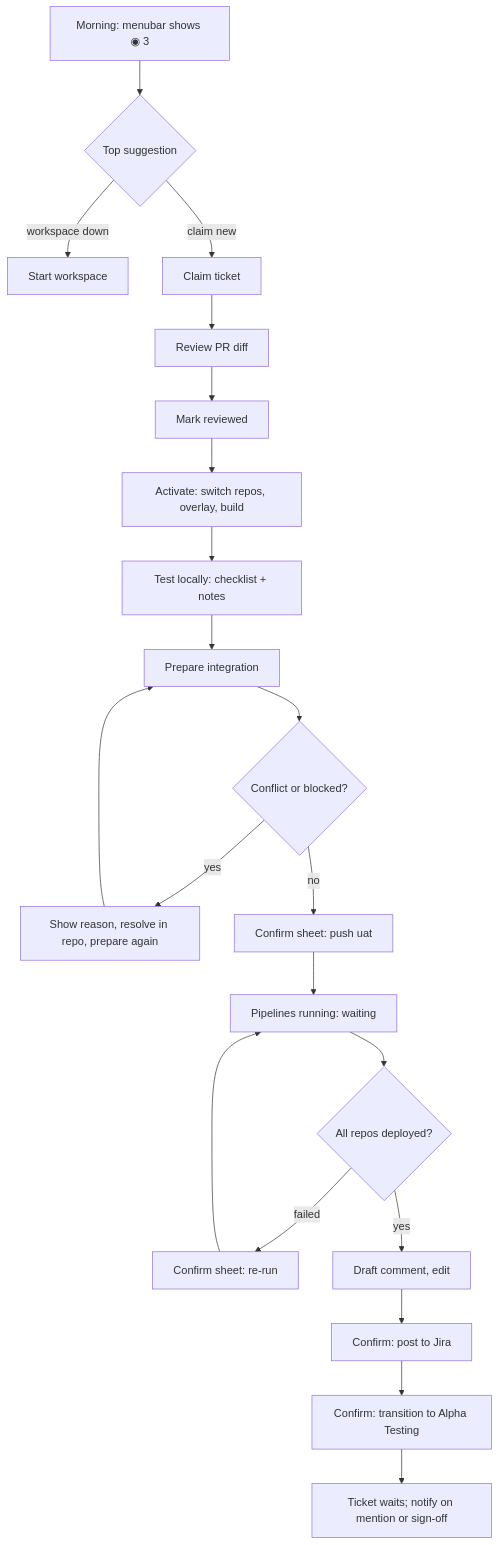
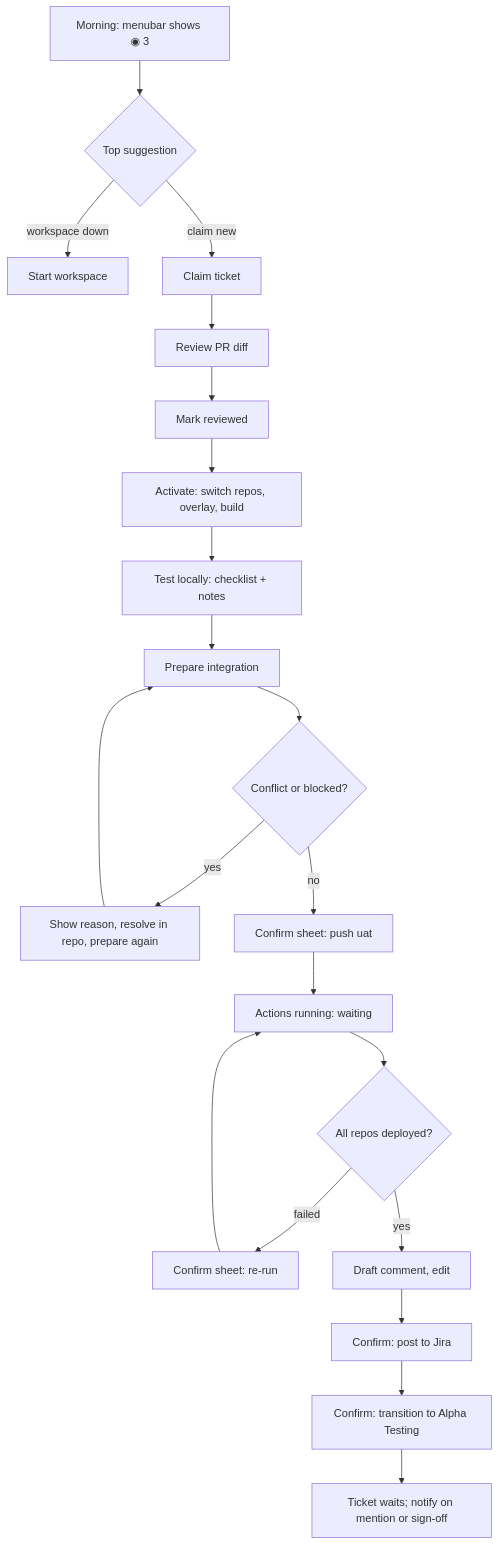
One commit to umbra-ecosystem/de changed the second of 4 diagrams in docs/design/gui.md. Above: the diagram before and after it, drawn with Mermaid. The commit also changed other lines of this file and 13 other files, not shown here.

First line of the commit message:
Restyle the prototype like Zed and extend the core flows; move goals to GitHub

````diff
--- a/docs/design/gui.md
+++ b/docs/design/gui.md
@@ -400,22 +399,22 @@
 ```mermaid
 flowchart TD
     A[Morning: menubar shows ◉ 3] --> B{Top suggestion}
     B -->|workspace down| C[Start workspace]
     B -->|claim new| D[Claim ticket]
     D --> E[Review PR diff]
     E --> F[Mark reviewed]
     F --> G[Activate: switch repos, overlay, build]
     G --> H[Test locally: checklist + notes]
     H --> I[Prepare integration]
     I --> J{Conflict or blocked?}
     J -->|yes| K[Show reason, resolve in repo, prepare again]
     K --> I
     J -->|no| L[Confirm sheet: push uat]
-    L --> M[Pipelines running: waiting]
+    L --> M[Actions running: waiting]
     M --> N{All repos deployed?}
     N -->|failed| O[Confirm sheet: re-run] --> M
     N -->|yes| P[Draft comment, edit]
     P --> Q[Confirm: post to Jira]
     Q --> R[Confirm: transition to Alpha Testing]
     R --> S[Ticket waits; notify on mention or sign-off]
 ```
````
